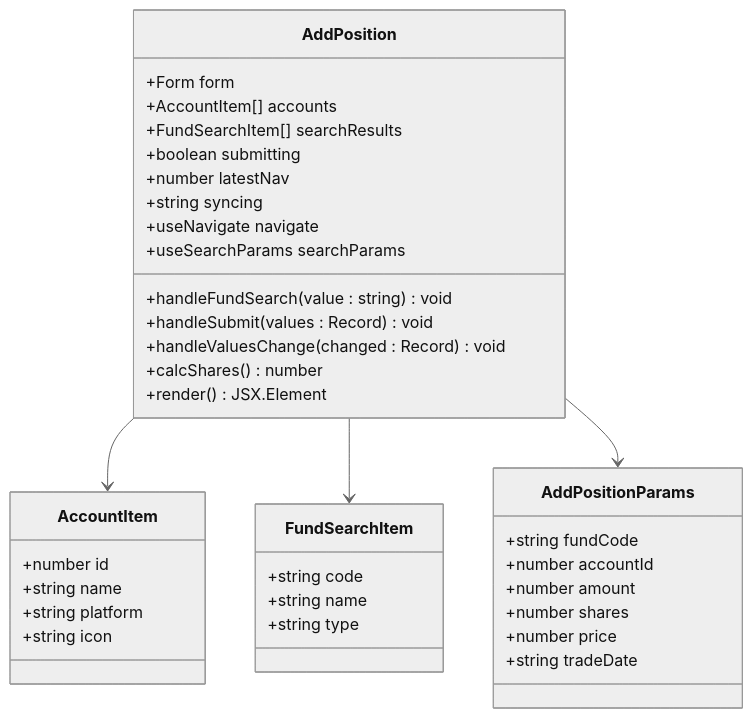
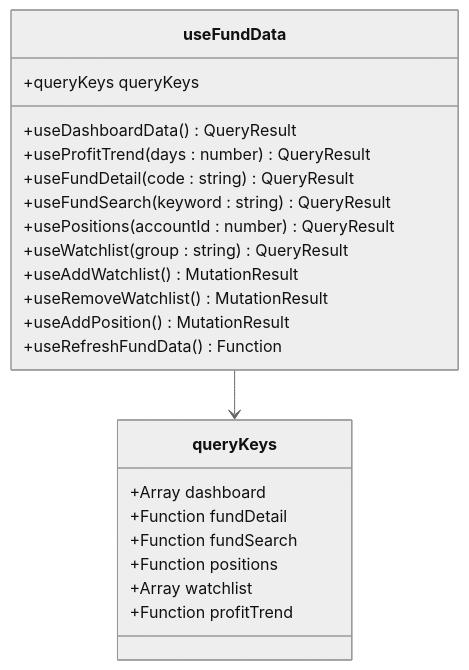
One commit to gree-coder/fund-butler changed the fifth of 20 diagrams in .qoder/repowiki/zh/content/核心功能开发/前端投资组合管理增强.md. Above: the diagram before and after it, drawn with Mermaid (neutral theme). The commit also changed other lines of this file and 21 other files, not shown here.

````diff
--- a/.qoder/repowiki/zh/content/核心功能开发/前端投资组合管理增强.md
+++ b/.qoder/repowiki/zh/content/核心功能开发/前端投资组合管理增强.md
@@ -255,40 +315,25 @@
 ```mermaid
 classDiagram
-class AddPosition {
-+Form form
-+AccountItem[] accounts
-+FundSearchItem[] searchResults
-+boolean submitting
-+number latestNav
-+string syncing
-+useNavigate navigate
-+useSearchParams searchParams
-+handleFundSearch(value : string) void
-+handleSubmit(values : Record) void
-+handleValuesChange(changed : Record) void
-+calcShares() number
-+render() JSX.Element
+class useFundData {
++queryKeys queryKeys
++useDashboardData() QueryResult
++useProfitTrend(days : number) QueryResult
++useFundDetail(code : string) QueryResult
++useFundSearch(keyword : string) QueryResult
++usePositions(accountId : number) QueryResult
++useWatchlist(group : string) QueryResult
++useAddWatchlist() MutationResult
++useRemoveWatchlist() MutationResult
++useAddPosition() MutationResult
++useRefreshFundData() Function
 }
-class AccountItem {
-+number id
-+string name
-+string platform
-+string icon
+class queryKeys {
++Array dashboard
++Function fundDetail
++Function fundSearch
++Function positions
++Array watchlist
++Function profitTrend
 }
-class FundSearchItem {
-+string code
-+string name
-+string type
-}
-class AddPositionParams {
-+string fundCode
-+number accountId
-+number amount
-+number shares
-+number price
-+string tradeDate
-}
-AddPosition --> AccountItem
-AddPosition --> FundSearchItem
-AddPosition --> AddPositionParams
+useFundData --> queryKeys
 ```
````
